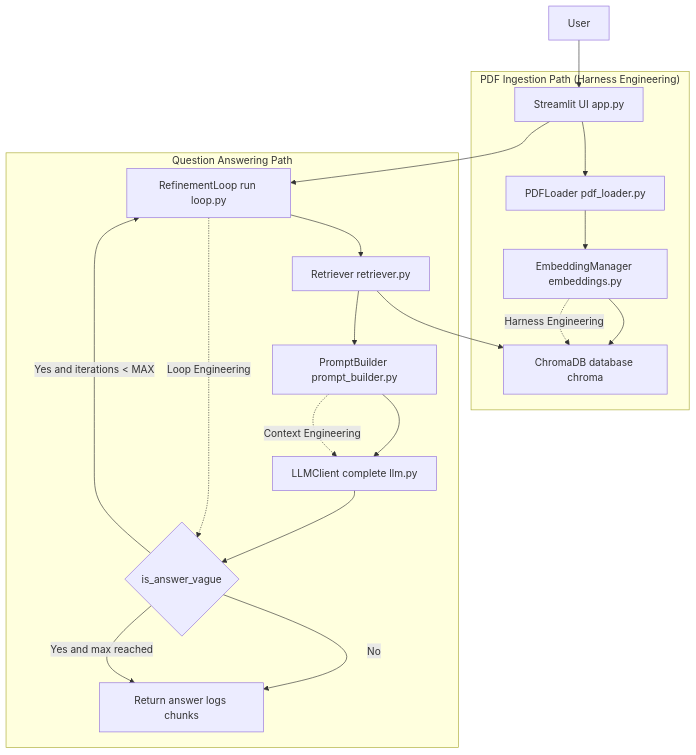
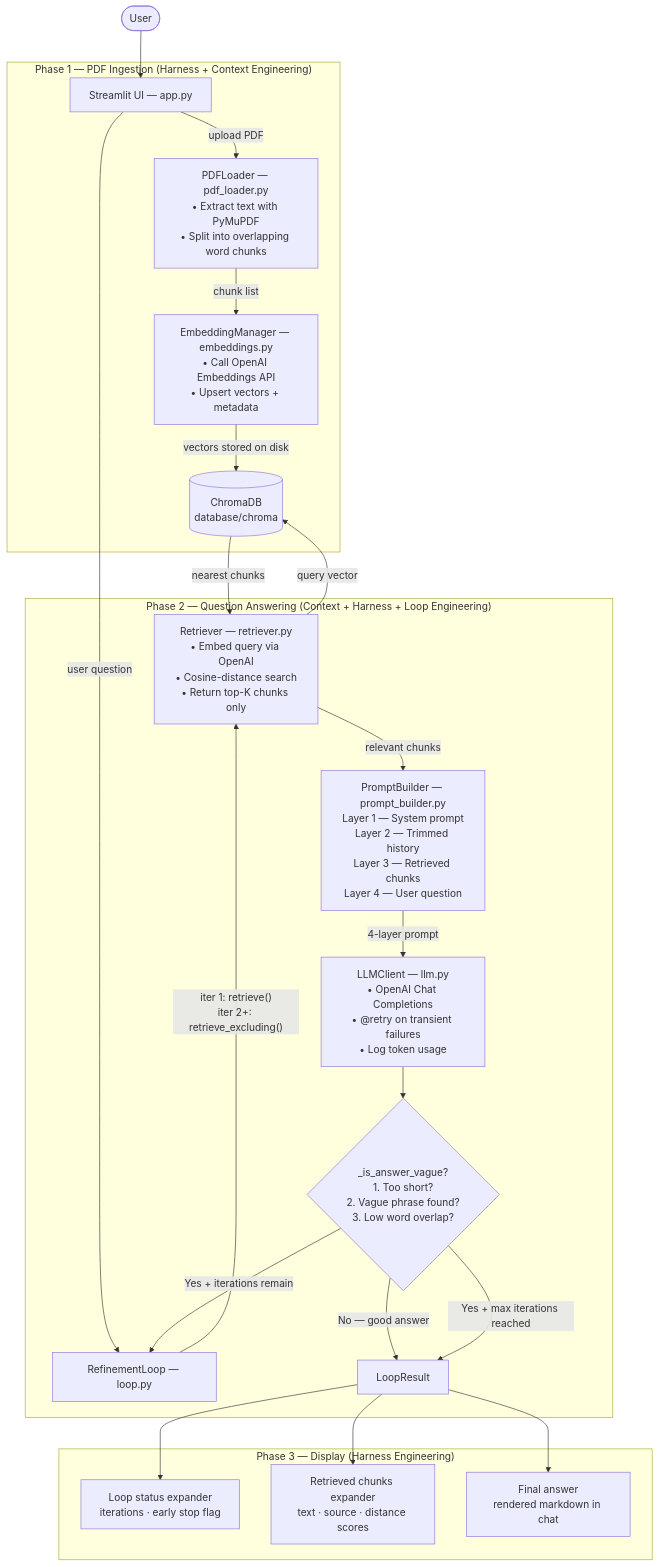
The diagram in README.md (Krarneas/study-assistant), drawn with Mermaid before and after one commit. The commit also changed other lines of this file, not shown here.

````diff
--- a/README.md
+++ b/README.md
@@ -11,26 +11,29 @@
 ```mermaid
 flowchart TD
-    U[User] --> UI["Streamlit UI app.py"]
+    U([User]) --> UI["Streamlit UI — app.py"]
 
-    subgraph Ingestion["PDF Ingestion Path (Harness Engineering)"]
-        UI --> PL["PDFLoader pdf_loader.py"]
-        PL --> EM["EmbeddingManager embeddings.py"]
-        EM --> DB["ChromaDB database chroma"]
+    subgraph Phase1["Phase 1 — PDF Ingestion   (Harness + Context Engineering)"]
+        UI -->|"upload PDF"| PL["PDFLoader — pdf_loader.py<br/>• Extract text with PyMuPDF<br/>• Split into overlapping word chunks"]
+        PL -->|"chunk list"| EM["EmbeddingManager — embeddings.py<br/>• Call OpenAI Embeddings API<br/>• Upsert vectors + metadata"]
+        EM -->|"vectors stored on disk"| DB[("ChromaDB<br/>database/chroma")]
     end
 
-    subgraph QA["Question Answering Path"]
-        UI --> RL["RefinementLoop run loop.py"]
-        RL --> R["Retriever retriever.py"]
-        R --> DB
-        R --> PB["PromptBuilder prompt_builder.py"]
-        PB --> LLM["LLMClient complete llm.py"]
-        LLM --> V{"is_answer_vague"}
-        V -- No --> OUT["Return answer logs chunks"]
-        V -- Yes and iterations < MAX --> RL
-        V -- Yes and max reached --> OUT
+    subgraph Phase2["Phase 2 — Question Answering   (Context + Harness + Loop Engineering)"]
+        UI -->|"user question"| RL["RefinementLoop — loop.py"]
+        RL -->|"iter 1: retrieve()<br/>iter 2+: retrieve_excluding()"| R["Retriever — retriever.py<br/>• Embed query via OpenAI<br/>• Cosine-distance search<br/>• Return top-K chunks only"]
+        R -->|"query vector"| DB
+        DB -->|"nearest chunks"| R
+        R -->|"relevant chunks"| PB["PromptBuilder — prompt_builder.py<br/>Layer 1 — System prompt<br/>Layer 2 — Trimmed history<br/>Layer 3 — Retrieved chunks<br/>Layer 4 — User question"]
+        PB -->|"4-layer prompt"| LLM["LLMClient — llm.py<br/>• OpenAI Chat Completions<br/>• @retry on transient failures<br/>• Log token usage"]
+        LLM --> V{"_is_answer_vague?<br/>1. Too short?<br/>2. Vague phrase found?<br/>3. Low word overlap?"}
+        V -->|"No — good answer"| OUT["LoopResult"]
+        V -->|"Yes + iterations remain"| RL
+        V -->|"Yes + max iterations reached"| OUT
     end
 
-    RL -. Loop Engineering .-> V
-    PB -. Context Engineering .-> LLM
-    EM -. Harness Engineering .-> DB
+    subgraph Phase3["Phase 3 — Display   (Harness Engineering)"]
+        OUT --> D1["Loop status expander<br/>iterations · early stop flag"]
+        OUT --> D2["Retrieved chunks expander<br/>text · source · distance scores"]
+        OUT --> D3["Final answer<br/>rendered markdown in chat"]
+    end
 ```
````
